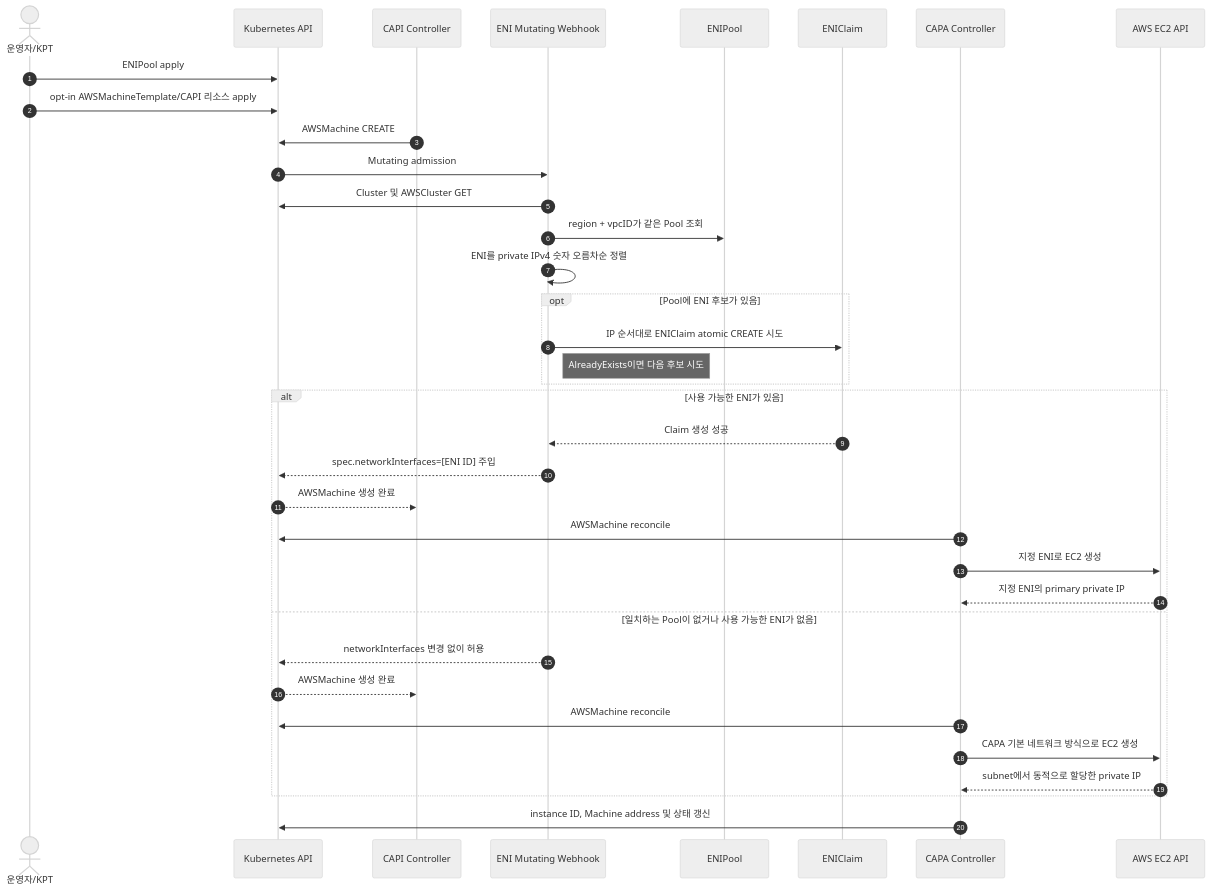
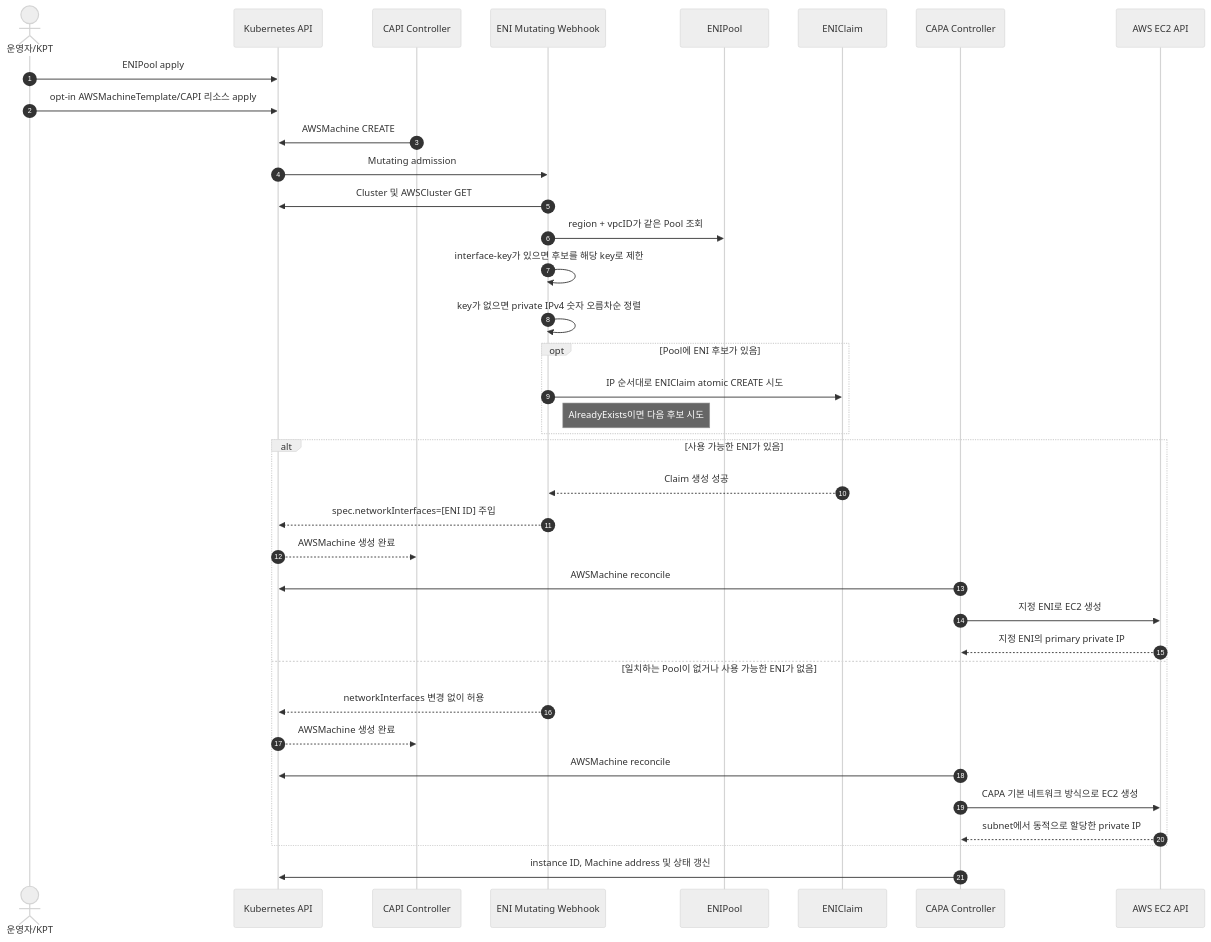
One commit to Jangwon-Lee-DCN/capa-eni-controller changed the second of 4 diagrams in docs/operation-flow.md. Above: the diagram before and after it, drawn with Mermaid (neutral theme). The commit also changed other lines of this file and 13 other files, not shown here.

````diff
--- a/docs/operation-flow.md
+++ b/docs/operation-flow.md
@@ -66,41 +80,42 @@
 ```mermaid
 sequenceDiagram
     autonumber
     actor User as 운영자/KPT
     participant API as Kubernetes API
     participant CAPI as CAPI Controller
     participant WH as ENI Mutating Webhook
     participant Pool as ENIPool
     participant Claim as ENIClaim
     participant CAPA as CAPA Controller
     participant AWS as AWS EC2 API
 
     User->>API: ENIPool apply
     User->>API: opt-in AWSMachineTemplate/CAPI 리소스 apply
     CAPI->>API: AWSMachine CREATE
     API->>WH: Mutating admission
     WH->>API: Cluster 및 AWSCluster GET
     WH->>Pool: region + vpcID가 같은 Pool 조회
-    WH->>WH: ENI를 private IPv4 숫자 오름차순 정렬
+    WH->>WH: interface-key가 있으면 후보를 해당 key로 제한
+    WH->>WH: key가 없으면 private IPv4 숫자 오름차순 정렬
     opt Pool에 ENI 후보가 있음
         WH->>Claim: IP 순서대로 ENIClaim atomic CREATE 시도
         Note right of WH: AlreadyExists이면 다음 후보 시도
     end
 
     alt 사용 가능한 ENI가 있음
         Claim-->>WH: Claim 생성 성공
         WH-->>API: spec.networkInterfaces=[ENI ID] 주입
         API-->>CAPI: AWSMachine 생성 완료
         CAPA->>API: AWSMachine reconcile
         CAPA->>AWS: 지정 ENI로 EC2 생성
         AWS-->>CAPA: 지정 ENI의 primary private IP
     else 일치하는 Pool이 없거나 사용 가능한 ENI가 없음
         WH-->>API: networkInterfaces 변경 없이 허용
         API-->>CAPI: AWSMachine 생성 완료
         CAPA->>API: AWSMachine reconcile
         CAPA->>AWS: CAPA 기본 네트워크 방식으로 EC2 생성
         AWS-->>CAPA: subnet에서 동적으로 할당한 private IP
     end
 
     CAPA->>API: instance ID, Machine address 및 상태 갱신
 ```
````
